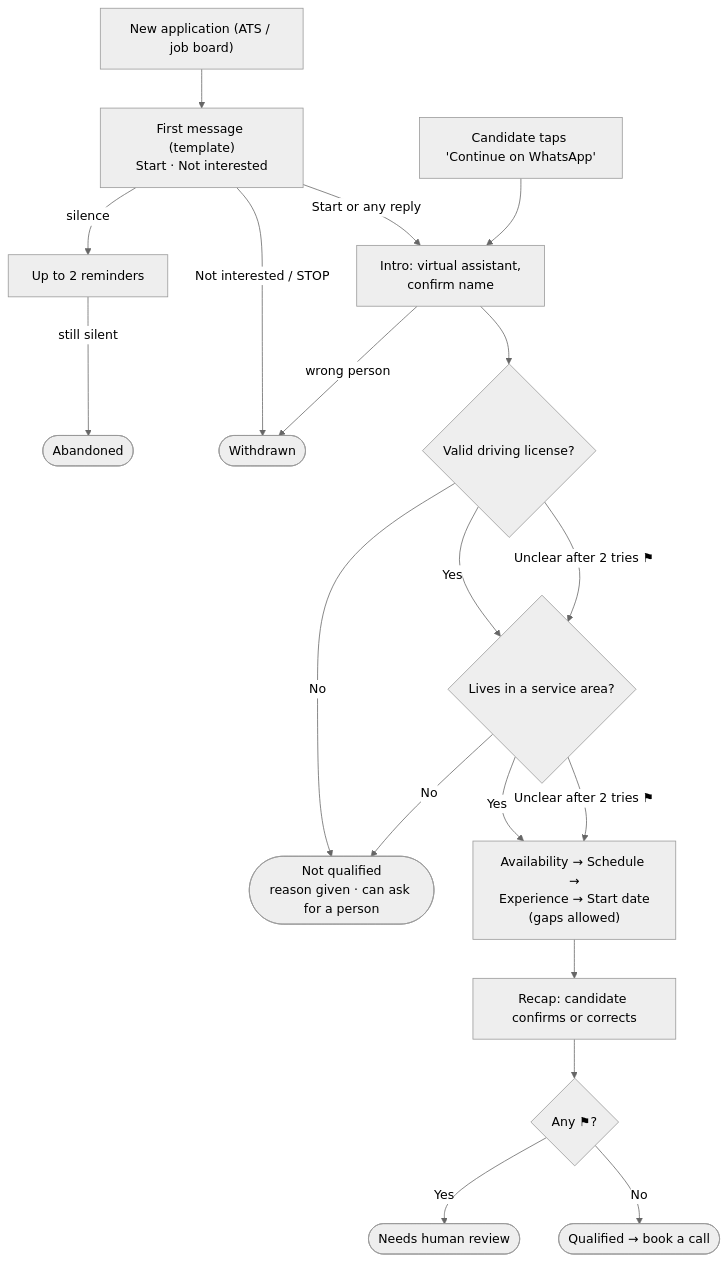
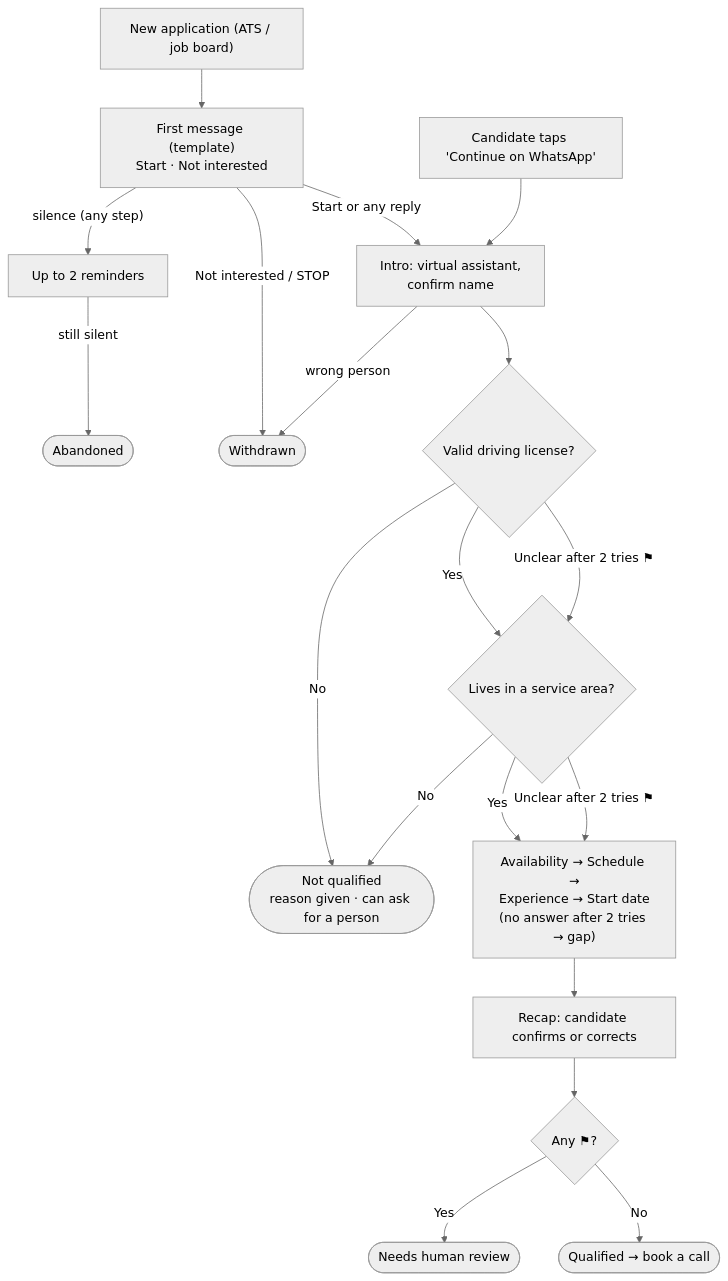
One commit to dfm88/candidate-screening-agent changed the diagram in docs/process-design.md. Above: the diagram before and after it, drawn with Mermaid (neutral theme). The commit also changed other lines of this file and 28 other files, not shown here.

````diff
--- a/docs/process-design.md
+++ b/docs/process-design.md
@@ -17,20 +17,20 @@
 ```mermaid
 flowchart TD
     APP["New application (ATS / job board)"] --> T["First message (template)<br/>Start · Not interested"]
     LINK["Candidate taps 'Continue on WhatsApp'"] --> INTRO
-    T -->|silence| REM["Up to 2 reminders"] -->|still silent| AB(["Abandoned"])
+    T -->|"silence (any step)"| REM["Up to 2 reminders"] -->|still silent| AB(["Abandoned"])
     T -->|Not interested / STOP| WD(["Withdrawn"])
     T -->|Start or any reply| INTRO["Intro: virtual assistant,<br/>confirm name"]
     INTRO -->|wrong person| WD
     INTRO --> LIC{"Valid driving license?"}
     LIC -->|No| NQ(["Not qualified<br/>reason given · can ask for a person"])
     LIC -->|Yes| ZONE{"Lives in a service area?"}
     LIC -->|Unclear after 2 tries ⚑| ZONE
     ZONE -->|No| NQ
-    ZONE -->|Yes| REST["Availability → Schedule →<br/>Experience → Start date<br/>(gaps allowed)"]
+    ZONE -->|Yes| REST["Availability → Schedule →<br/>Experience → Start date<br/>(no answer after 2 tries → gap)"]
     ZONE -->|Unclear after 2 tries ⚑| REST
     REST --> RECAP["Recap: candidate confirms or corrects"]
     RECAP --> RULES{"Any ⚑?"}
     RULES -->|Yes| HR(["Needs human review"])
     RULES -->|No| Q(["Qualified → book a call"])
 ```
````
